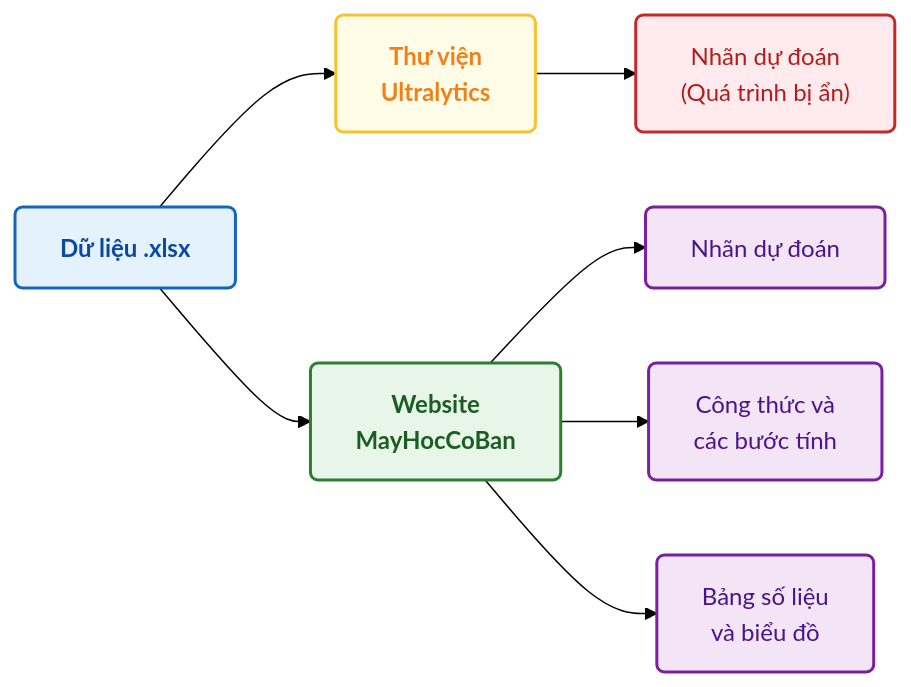
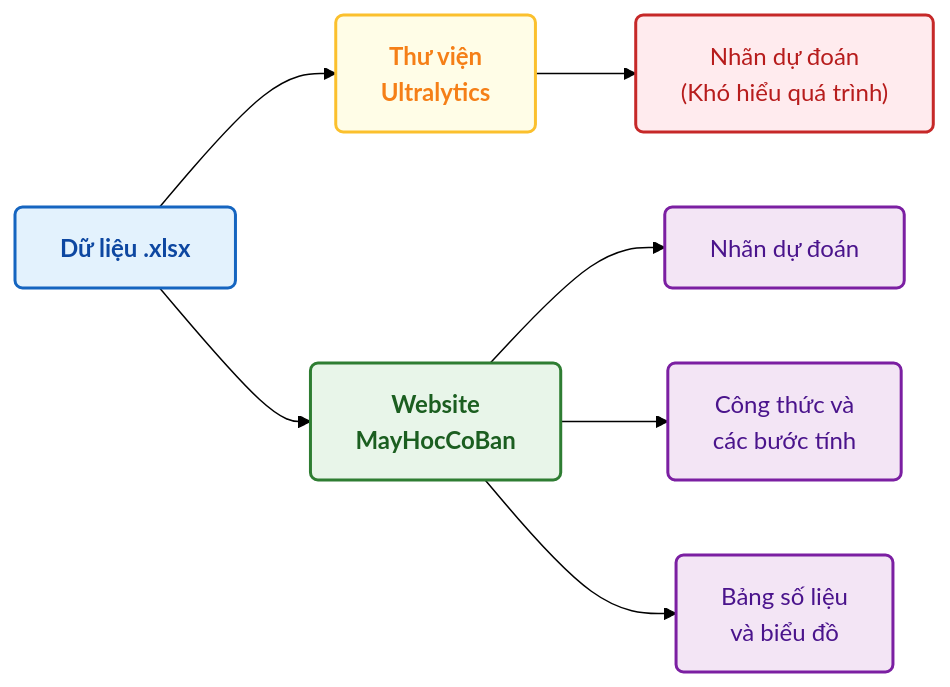
The first of 5 diagrams in README.md (huynhthanhphong231004IT/Website_MayHocCoBan), drawn with Mermaid (forest theme) before and after one commit.

````diff
--- a/README.md
+++ b/README.md
@@ -38,29 +38,29 @@
 ```mermaid
 flowchart LR
     %% Khai báo các nút - dùng <br/> để chữ không bị cắt ngang
     D["Dữ liệu .xlsx"]:::data
     
     A["Thư viện<br/>Ultralytics"]:::lib
-    B["Nhãn dự đoán<br/>(Quá trình bị ẩn)"]:::output1
+    B["Nhãn dự đoán<br/>(Khó hiểu quá trình)"]:::output1
     
     C["Website<br/>MayHocCoBan"]:::web
     E["Nhãn dự đoán"]:::output2
     F["Công thức và<br/>các bước tính"]:::output2
     G["Bảng số liệu<br/>và biểu đồ"]:::output2
 
     %% Mối liên kết
     D --> A
     A --> B
     
     D --> C
     C --> E
     C --> F
     C --> G
 
     %% Định dạng style và khoảng đệm (padding) để chữ luôn hiển thị trọn vẹn
     classDef data fill:#E3F2FD,stroke:#1565C0,stroke-width:2px,color:#0D47A1,font-weight:bold,rx:5px,ry:5px;
     classDef lib fill:#FFFDE7,stroke:#FBC02D,stroke-width:2px,color:#F57F17,font-weight:bold,rx:5px,ry:5px;
     classDef web fill:#E8F5E9,stroke:#2E7D32,stroke-width:2px,color:#1B5E20,font-weight:bold,rx:5px,ry:5px;
     classDef output1 fill:#FFEBEE,stroke:#C62828,stroke-width:2px,color:#B71C1C,rx:5px,ry:5px;
     classDef output2 fill:#F3E5F5,stroke:#7B1FA2,stroke-width:2px,color:#4A148C,rx:5px,ry:5px;
 ```
````
